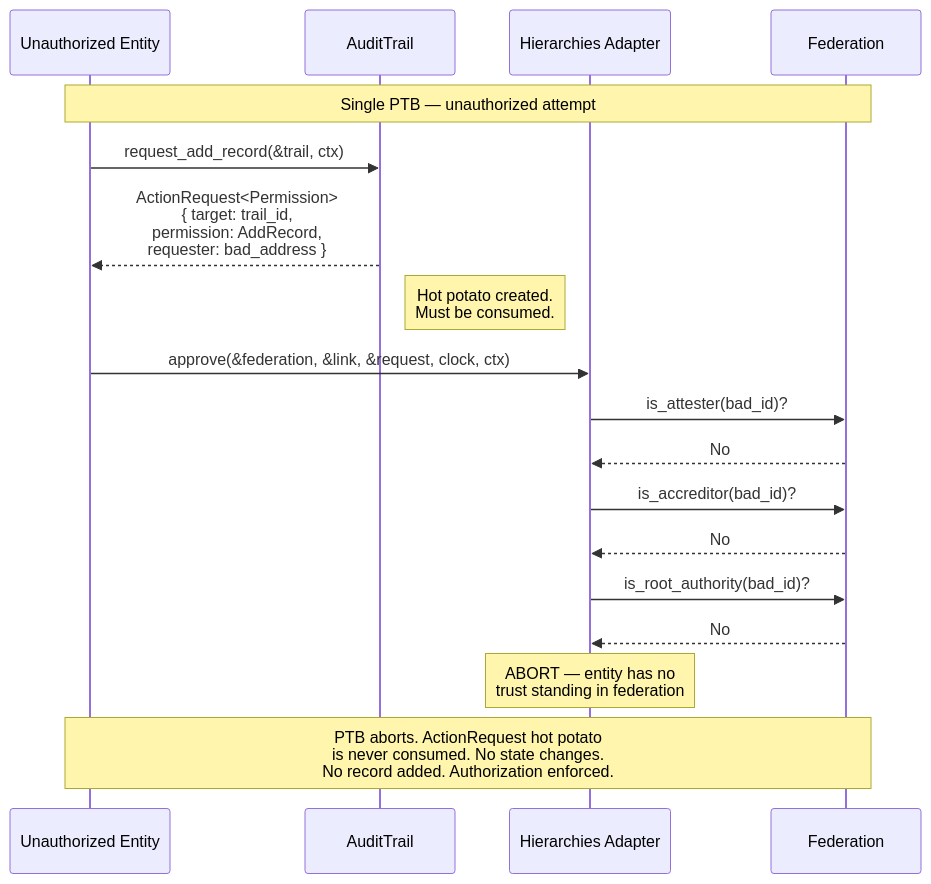
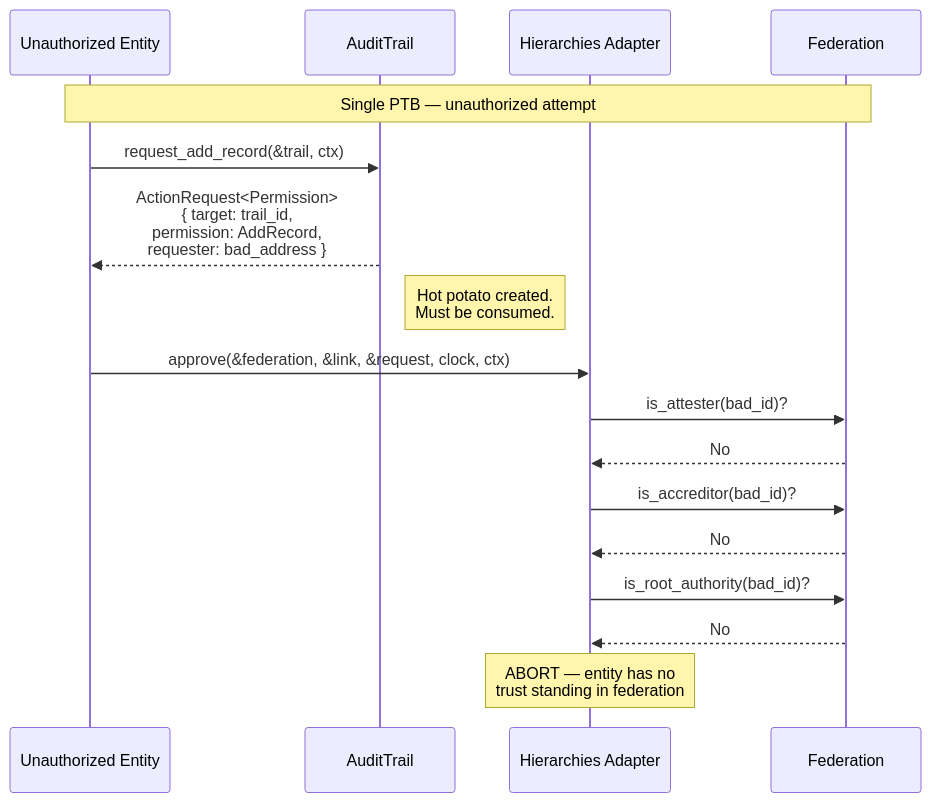
Diagram 12 of 15 in resources/access-controller-bridge.md (qrayven/acb), drawn with Mermaid before and after one commit. The commit also changed other lines of this file, not shown here.

````diff
--- a/resources/access-controller-bridge.md
+++ b/resources/access-controller-bridge.md
@@ -1477,25 +1808,24 @@
 ```mermaid
 sequenceDiagram
     participant Bad as Unauthorized Entity
     participant Trail as AuditTrail
     participant Adapter as Hierarchies Adapter
     participant Fed as Federation
 
     Note over Bad,Fed: Single PTB — unauthorized attempt
 
     Bad->>Trail: request_add_record(&trail, ctx)
     Trail-->>Bad: ActionRequest<Permission><br/>{ target: trail_id,<br/>  permission: AddRecord,<br/>  requester: bad_address }
     Note right of Trail: Hot potato created.<br/>Must be consumed.
 
     Bad->>Adapter: approve(&federation, &link, &request, clock, ctx)
     Adapter->>Fed: is_attester(bad_id)?
     Fed-->>Adapter: No
     Adapter->>Fed: is_accreditor(bad_id)?
     Fed-->>Adapter: No
     Adapter->>Fed: is_root_authority(bad_id)?
     Fed-->>Adapter: No
 
     Note over Adapter: ABORT — entity has no<br/>trust standing in federation
 
-    Note over Bad,Fed: PTB aborts. ActionRequest hot potato<br/>is never consumed. No state changes.<br/>No record added. Authorization enforced.
 ```
````
